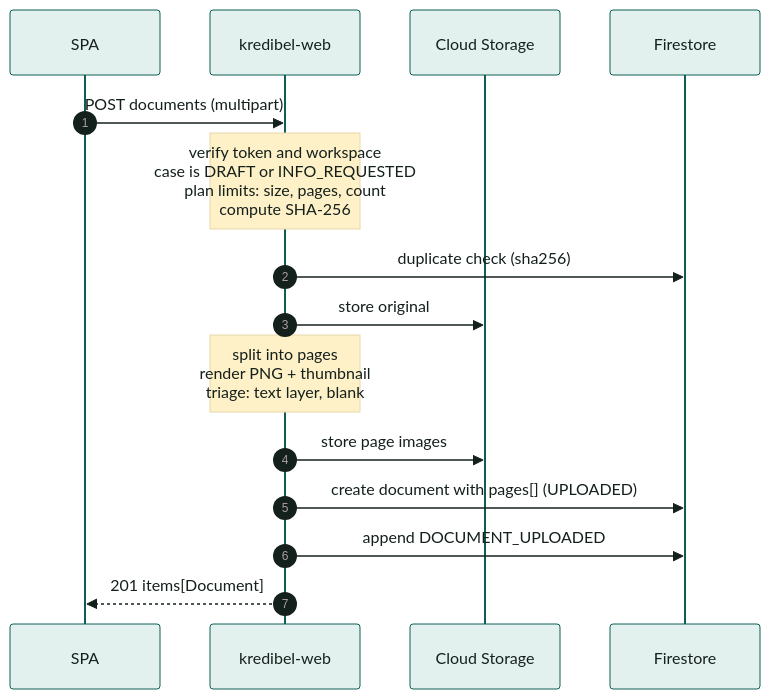
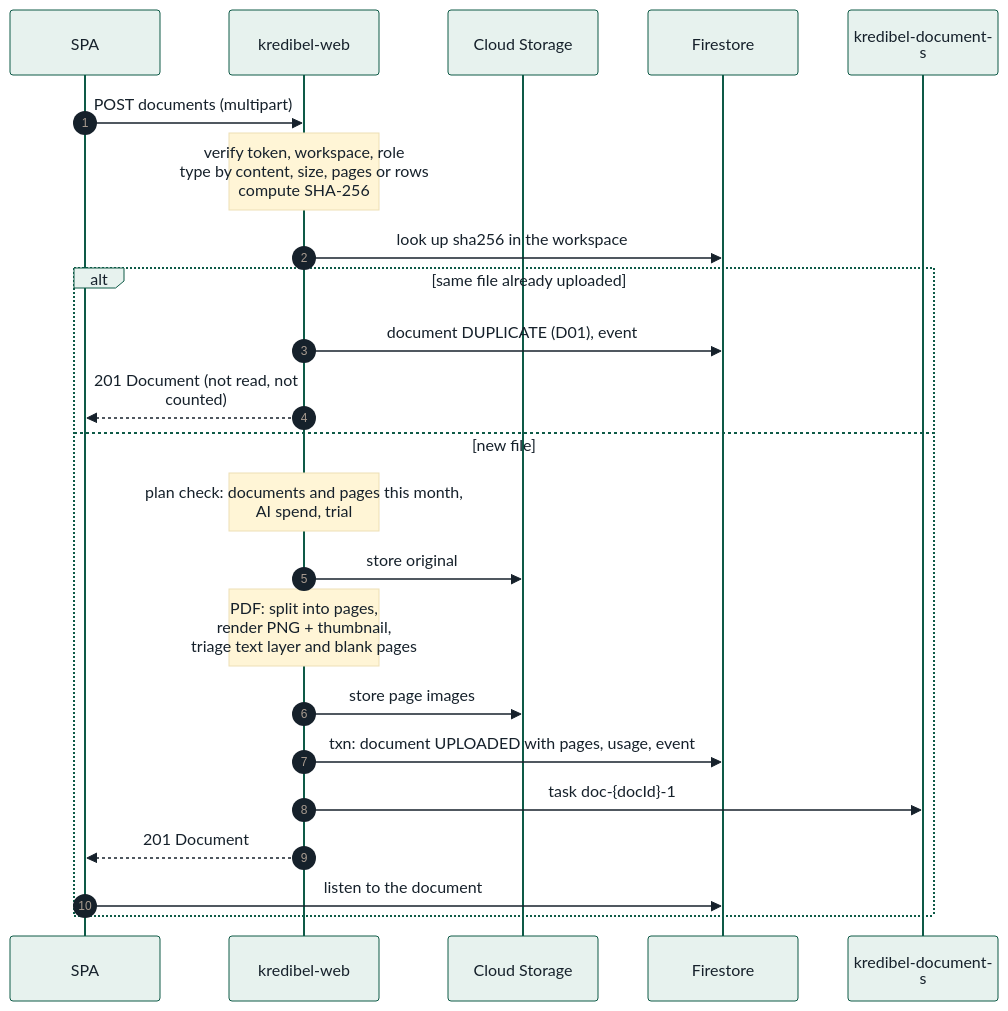
Before and after one commit to fadlytanjung/kredibel: the fifth of 9 diagrams in docs/05-architecture.md, drawn with Mermaid. The commit also changed other lines of this file and 245 other files, not shown here.

````diff
--- a/docs/05-architecture.md
+++ b/docs/05-architecture.md
@@ -191,19 +198,27 @@
 ```mermaid
-%%{init: {"theme": "base", "themeVariables": {"fontFamily": "Arial, Helvetica, sans-serif", "fontSize": "14px", "primaryColor": "#E3F1EE", "primaryBorderColor": "#0F5E56", "primaryTextColor": "#14201C", "lineColor": "#55625D", "secondaryColor": "#F0F2EF", "tertiaryColor": "#FFFFFF", "clusterBkg": "#F7F8F6", "clusterBorder": "#B8BFB9", "noteBkgColor": "#FEF0C7", "noteTextColor": "#14201C"}, "htmlLabels": false, "flowchart": {"htmlLabels": false, "padding": 16, "nodeSpacing": 40, "rankSpacing": 50, "wrappingWidth": 220}, "sequence": {"wrap": true, "useMaxWidth": true, "noteFontFamily": "Arial, Helvetica, sans-serif", "messageFontFamily": "Arial, Helvetica, sans-serif", "actorFontFamily": "Arial, Helvetica, sans-serif"}}}%%
+%%{init: {"theme": "base", "themeVariables": {"fontFamily": "Arial, Helvetica, sans-serif", "fontSize": "14px", "primaryColor": "#E7F2EE", "primaryBorderColor": "#0E5A47", "primaryTextColor": "#16212B", "lineColor": "#56636F", "secondaryColor": "#E8ECEE", "tertiaryColor": "#FFFFFF", "clusterBkg": "#F2F4F5", "clusterBorder": "#B9C2CA", "noteBkgColor": "#FFF5D6", "noteTextColor": "#16212B"}, "htmlLabels": false, "flowchart": {"htmlLabels": false, "padding": 16, "nodeSpacing": 40, "rankSpacing": 50, "wrappingWidth": 220}, "sequence": {"wrap": true, "useMaxWidth": true, "noteFontFamily": "Arial, Helvetica, sans-serif", "messageFontFamily": "Arial, Helvetica, sans-serif", "actorFontFamily": "Arial, Helvetica, sans-serif"}}}%%
 sequenceDiagram
     autonumber
     participant UI as SPA
     participant API as kredibel-web
     participant GCS as Cloud Storage
     participant FS as Firestore
+    participant Q as kredibel-documents
 
     UI->>API: POST documents (multipart)
-    Note over API: verify token and workspace<br/>case is DRAFT or INFO_REQUESTED<br/>plan limits: size, pages, count<br/>compute SHA-256
-    API->>FS: duplicate check (sha256)
-    API->>GCS: store original
-    Note over API: split into pages<br/>render PNG + thumbnail<br/>triage: text layer, blank
-    API->>GCS: store page images
-    API->>FS: create document with pages[] (UPLOADED)
-    API->>FS: append DOCUMENT_UPLOADED
-    API-->>UI: 201 items[Document]
+    Note over API: verify token, workspace, role<br/>type by content, size, pages or rows<br/>compute SHA-256
+    API->>FS: look up sha256 in the workspace
+    alt same file already uploaded
+        API->>FS: document DUPLICATE (D01), event
+        API-->>UI: 201 Document (not read, not counted)
+    else new file
+        Note over API: plan check: documents and pages this month,<br/>AI spend, trial
+        API->>GCS: store original
+        Note over API: PDF: split into pages,<br/>render PNG + thumbnail,<br/>triage text layer and blank pages
+        API->>GCS: store page images
+        API->>FS: txn: document UPLOADED with pages, usage, event
+        API->>Q: task doc-{docId}-1
+        API-->>UI: 201 Document
+        UI->>FS: listen to the document
+    end
 ```
````
